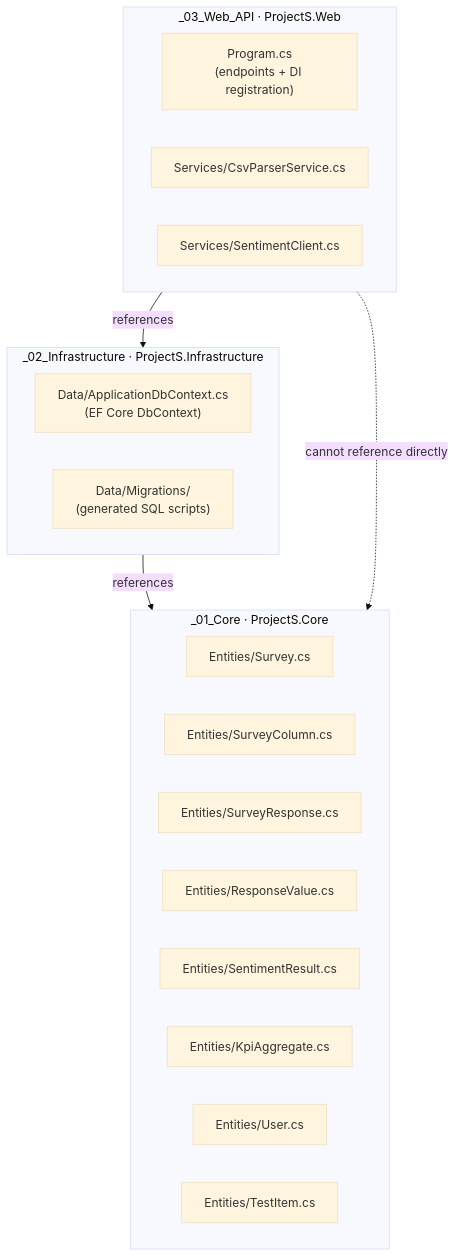
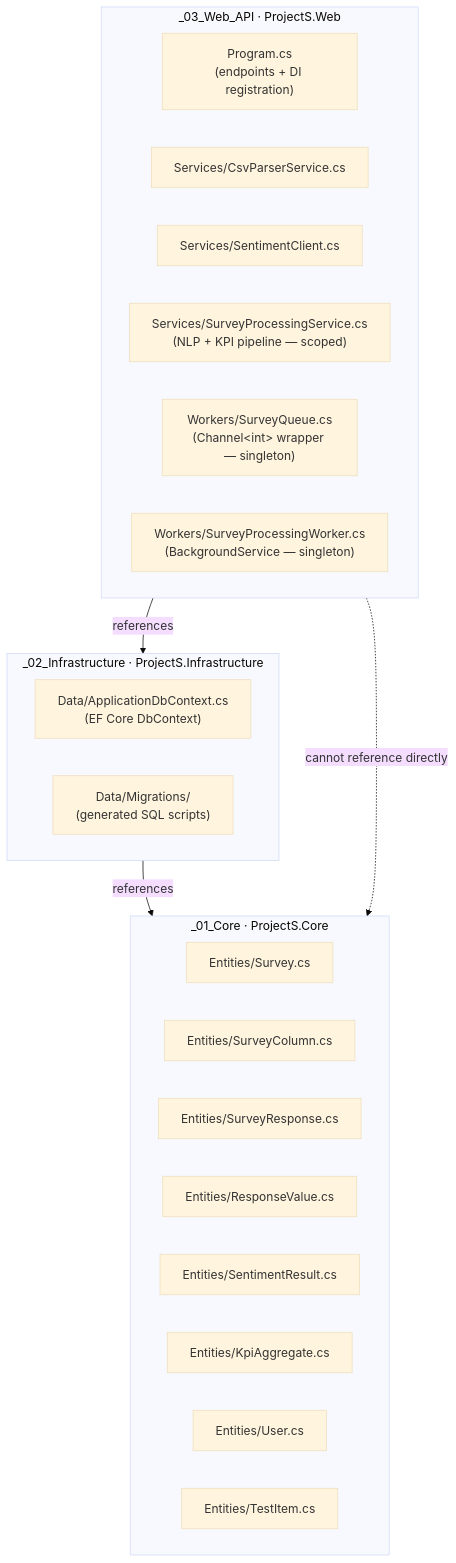
Before and after one commit to Joshua-Soteras/project_S: the first of 10 diagrams in Documentation/_10_HOW_IT_ALL_CONNECTS.md, drawn with Mermaid (base theme). The commit also changed other lines of this file and 3 other files, not shown here.

````diff
--- a/Documentation/_10_HOW_IT_ALL_CONNECTS.md
+++ b/Documentation/_10_HOW_IT_ALL_CONNECTS.md
@@ -14,28 +14,31 @@
 ```mermaid
 graph TD
     subgraph Web["_03_Web_API  ·  ProjectS.Web"]
         W1["Program.cs\n(endpoints + DI registration)"]
         W2["Services/CsvParserService.cs"]
         W3["Services/SentimentClient.cs"]
+        W4["Services/SurveyProcessingService.cs\n(NLP + KPI pipeline — scoped)"]
+        W5["Workers/SurveyQueue.cs\n(Channel&lt;int&gt; wrapper — singleton)"]
+        W6["Workers/SurveyProcessingWorker.cs\n(BackgroundService — singleton)"]
     end
 
     subgraph Infra["_02_Infrastructure  ·  ProjectS.Infrastructure"]
         I1["Data/ApplicationDbContext.cs\n(EF Core DbContext)"]
         I2["Data/Migrations/\n(generated SQL scripts)"]
     end
 
     subgraph Core["_01_Core  ·  ProjectS.Core"]
         C1["Entities/Survey.cs"]
         C2["Entities/SurveyColumn.cs"]
         C3["Entities/SurveyResponse.cs"]
         C4["Entities/ResponseValue.cs"]
         C5["Entities/SentimentResult.cs"]
         C6["Entities/KpiAggregate.cs"]
         C7["Entities/User.cs"]
         C8["Entities/TestItem.cs"]
     end
 
     Web -->|references| Infra
     Infra -->|references| Core
     Web -.->|cannot reference directly| Core
 ```
````
